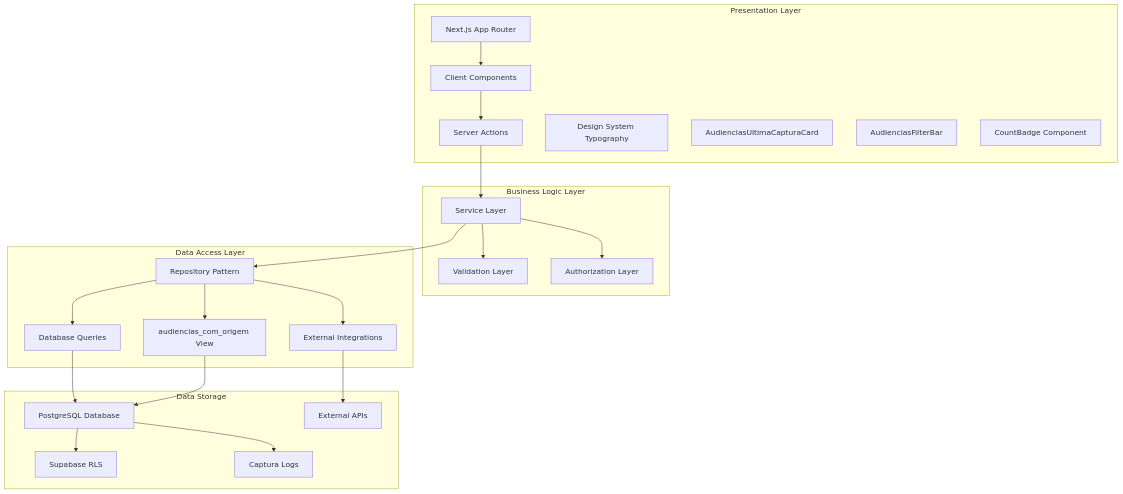
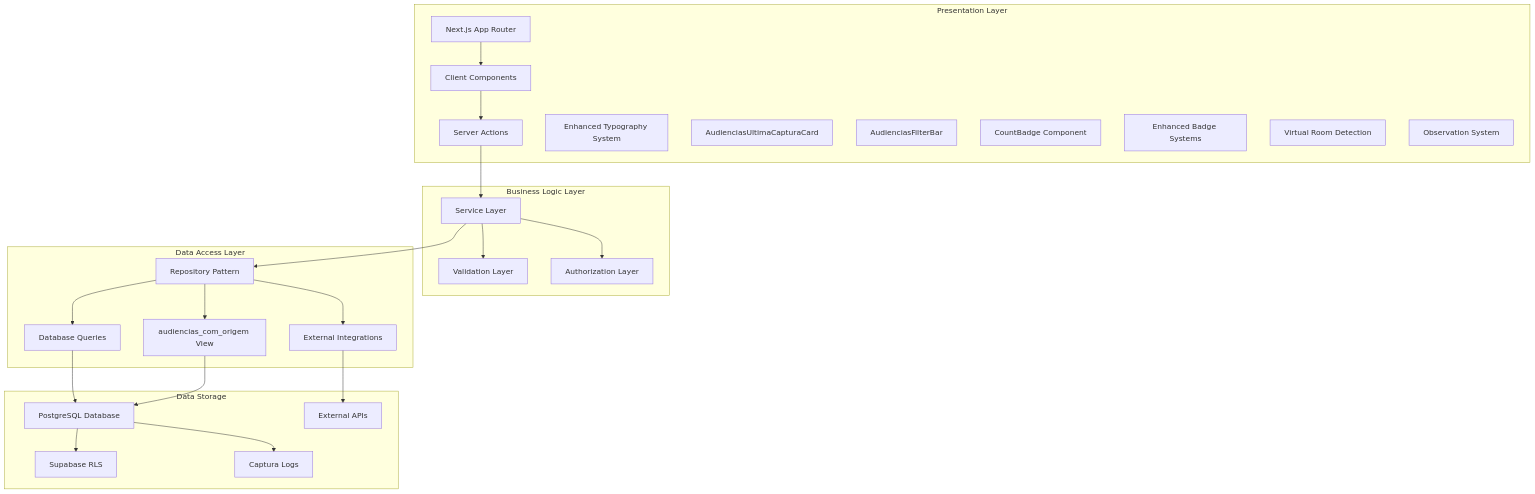
The fifth of 20 diagrams in .qoder/repowiki/en/content/Audiência Management.md (SinesysTech/zattar-os), drawn with Mermaid before and after one commit. The commit also changed other lines of this file and 65 other files, not shown here.

````diff
--- a/.qoder/repowiki/en/content/Audiência Management.md
+++ b/.qoder/repowiki/en/content/Audiência Management.md
@@ -353,43 +396,46 @@
 ```mermaid
 graph TD
 subgraph "Presentation Layer"
 A1[Next.js App Router]
 A2[Client Components]
 A3[Server Actions]
-A4[Design System Typography]
+A4[Enhanced Typography System]
 A5[AudienciasUltimaCapturaCard]
 A6[AudienciasFilterBar]
 A7[CountBadge Component]
+A8[Enhanced Badge Systems]
+A9[Virtual Room Detection]
+A10[Observation System]
 end
 subgraph "Business Logic Layer"
 B1[Service Layer]
 B2[Validation Layer]
 B3[Authorization Layer]
 end
 subgraph "Data Access Layer"
 C1[Repository Pattern]
 C2[Database Queries]
 C3[External Integrations]
 C4[audiencias_com_origem View]
 end
 subgraph "Data Storage"
 D1[PostgreSQL Database]
 D2[Supabase RLS]
 D3[External APIs]
 D4[Captura Logs]
 end
 A1 --> A2
 A2 --> A3
 A3 --> B1
 B1 --> B2
 B1 --> B3
 B1 --> C1
 C1 --> C2
 C1 --> C3
 C1 --> C4
 C2 --> D1
 C3 --> D3
 C4 --> D1
 D1 --> D2
 D1 --> D4
 ```
````
